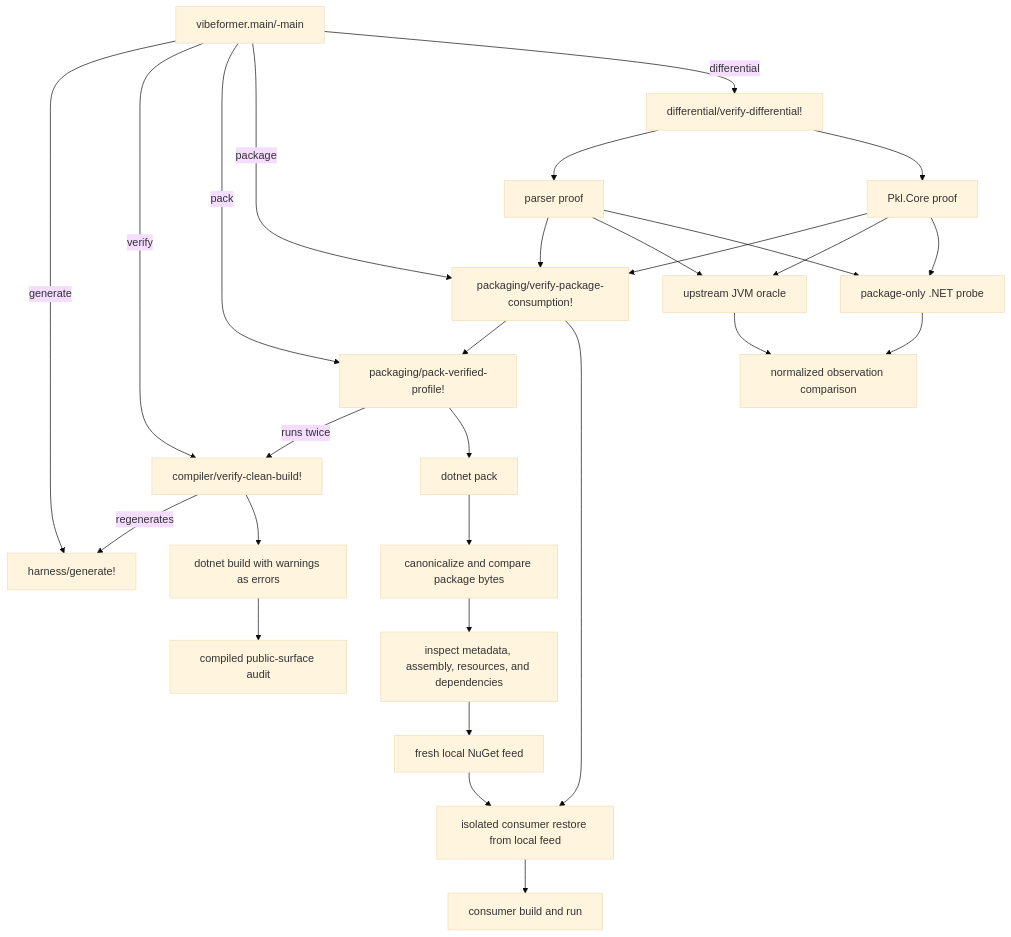
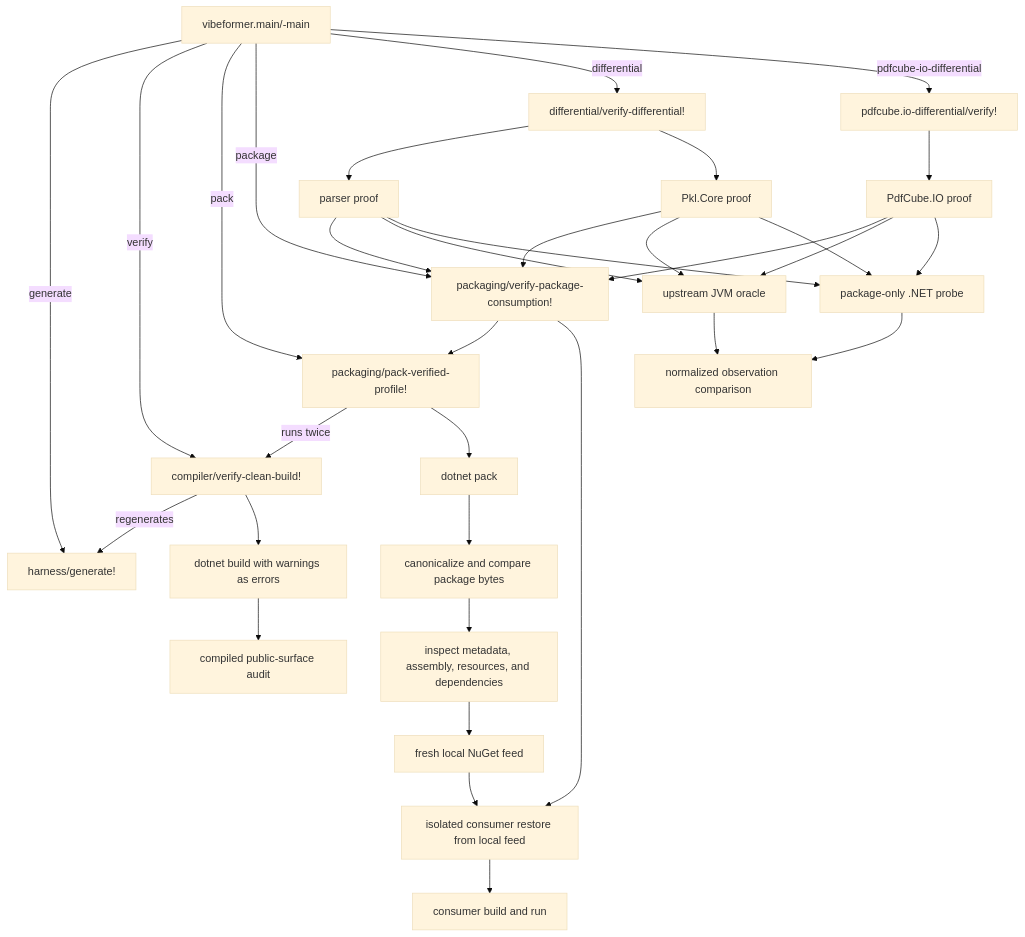
Before and after one commit to dripsharp/dripsharp: the first of 3 diagrams in vibeformer/doc/architecture.md, drawn with Mermaid (base theme). The commit also changed other lines of this file and 4 other files, not shown here.

Commit message:
Align PdfCube plan and synchronization policy

````diff
--- a/vibeformer/doc/architecture.md
+++ b/vibeformer/doc/architecture.md
@@ -27,36 +27,41 @@
 ```mermaid
 flowchart TD
   CLI["vibeformer.main/-main"]
 
   CLI -->|generate| Generate["harness/generate!"]
   CLI -->|verify| Verify["compiler/verify-clean-build!"]
   CLI -->|pack| Pack["packaging/pack-verified-profile!"]
   CLI -->|package| Consume["packaging/verify-package-consumption!"]
-  CLI -->|differential| Differential["differential/verify-differential!"]
+  CLI -->|differential| PklDifferential["differential/verify-differential!"]
+  CLI -->|pdfcube-io-differential| PdfCubeIoDifferential["pdfcube.io-differential/verify!"]
 
   Verify -->|regenerates| Generate
   Verify --> Build["dotnet build with warnings as errors"]
   Build --> CompiledSurface["compiled public-surface audit"]
 
   Pack -->|runs twice| Verify
   Pack --> DotnetPack["dotnet pack"]
   DotnetPack --> Canonicalize["canonicalize and compare package bytes"]
   Canonicalize --> Inspect["inspect metadata, assembly, resources, and dependencies"]
   Inspect --> Feed["fresh local NuGet feed"]
 
   Consume --> Pack
   Consume --> Restore["isolated consumer restore from local feed"]
   Feed --> Restore
   Restore --> ConsumerRun["consumer build and run"]
 
-  Differential --> ParserProof["parser proof"]
-  Differential --> CoreProof["Pkl.Core proof"]
+  PklDifferential --> ParserProof["parser proof"]
+  PklDifferential --> CoreProof["Pkl.Core proof"]
+  PdfCubeIoDifferential --> PdfCubeIoProof["PdfCube.IO proof"]
   ParserProof --> Consume
   CoreProof --> Consume
+  PdfCubeIoProof --> Consume
   ParserProof --> JavaOracle["upstream JVM oracle"]
   CoreProof --> JavaOracle
+  PdfCubeIoProof --> JavaOracle
   ParserProof --> PackageProbe["package-only .NET probe"]
   CoreProof --> PackageProbe
+  PdfCubeIoProof --> PackageProbe
   JavaOracle --> Compare["normalized observation comparison"]
   PackageProbe --> Compare
 ```
````
